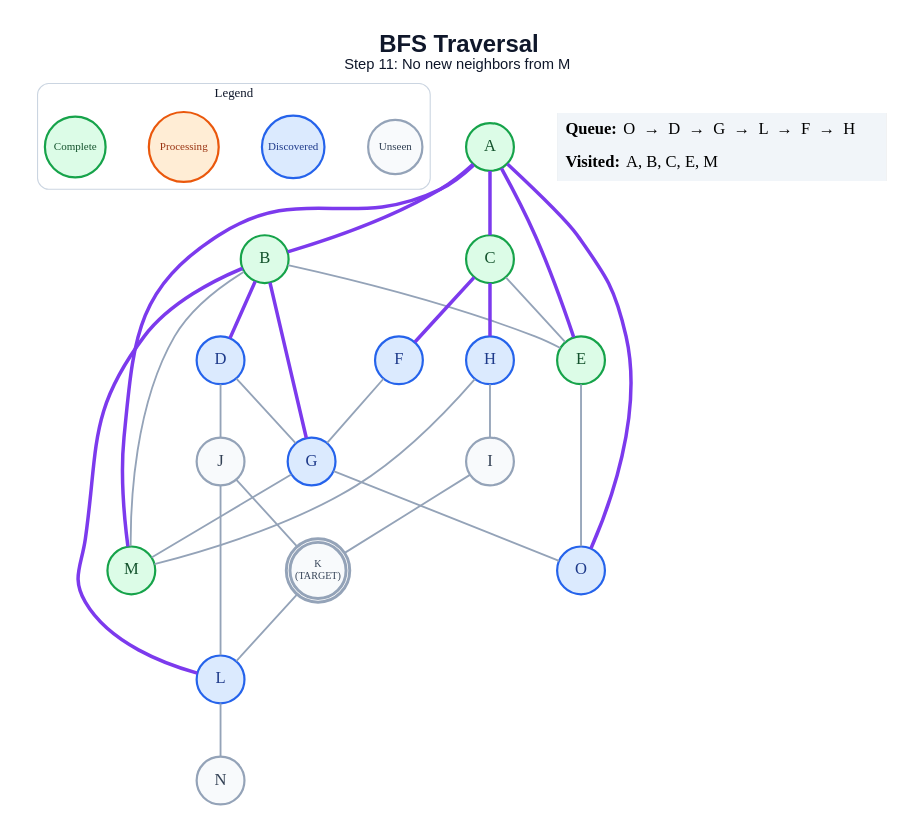
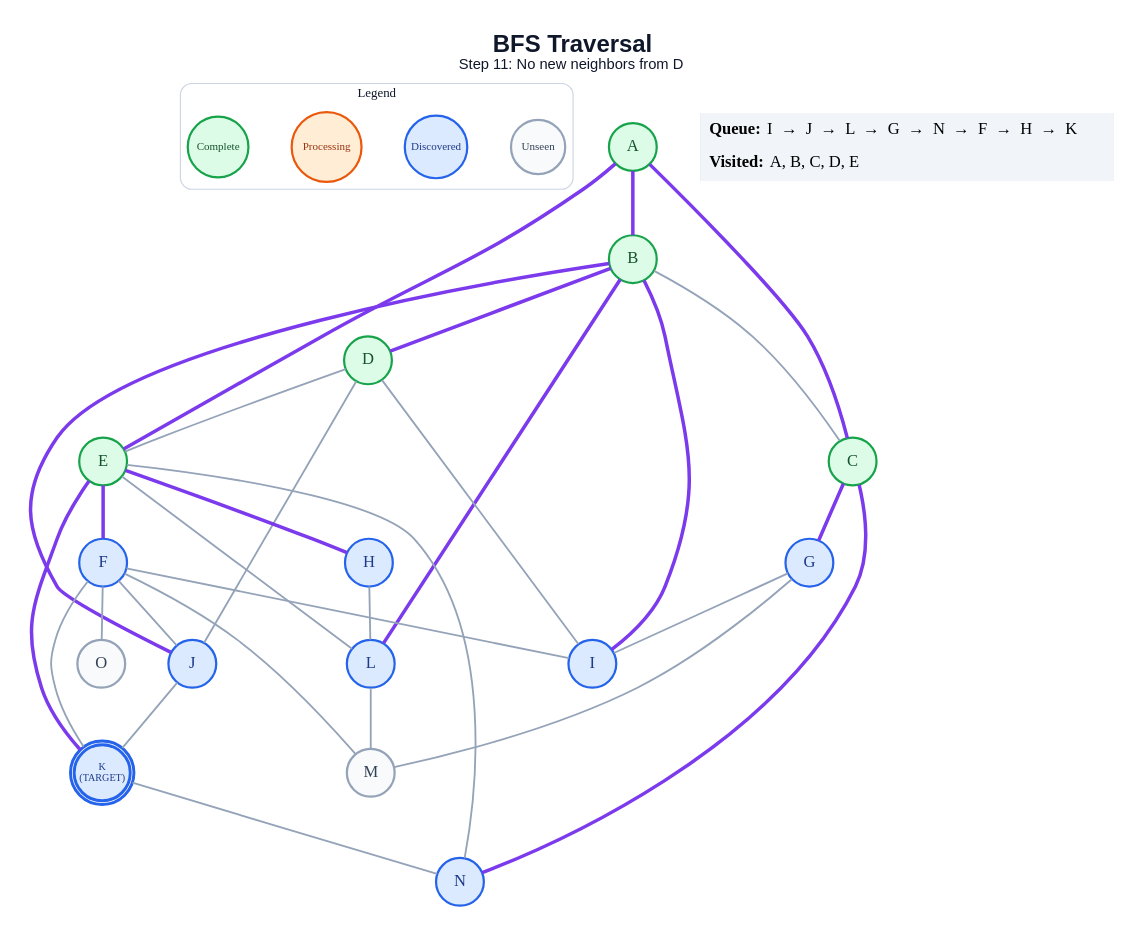
Before and after one commit to anon7238593-create/ai-slop: the diagram in generated/bfs/step_11.dot, drawn with Graphviz. The commit also changed 243 other files, not shown here.

```diff
--- a/generated/bfs/step_11.dot
+++ b/generated/bfs/step_11.dot
@@ -1,60 +1,63 @@
 graph traversal {
   graph [layout=dot, rankdir=TB, bgcolor="#FFFFFF", pad="0.35", nodesep="0.65", ranksep="0.8", fontname="Arial"];
   node [shape=circle, style="filled", fontname="Arial Bold", fontsize=18, width=0.72, fixedsize=true, penwidth=2.4];
   edge [color="#94A3B8", penwidth=2.0];
-  label=<<B>BFS Traversal</B><BR/><FONT POINT-SIZE="16">Step 11: No new neighbors from M</FONT>>; labelloc="t"; fontsize=26; fontname="Arial"; fontcolor="#0F172A";
+  label=<<B>BFS Traversal</B><BR/><FONT POINT-SIZE="16">Step 11: No new neighbors from D</FONT>>; labelloc="t"; fontsize=26; fontname="Arial"; fontcolor="#0F172A";
   subgraph cluster_legend { label="Legend"; color="#CBD5E1"; penwidth=1.2; style="rounded"; fontsize=14; fontname="Arial Bold";
     key_unseen [label="Unseen", fillcolor="#F8FAFC", color="#94A3B8", fontcolor="#334155", fontsize=12, width=0.82];
     key_frontier [label="Discovered", fillcolor="#DBEAFE", color="#2563EB", fontcolor="#1E3A8A", fontsize=12, width=0.95];
     key_current [label="Processing", fillcolor="#FFEDD5", color="#EA580C", fontcolor="#9A3412", fontsize=12, width=1.05];
     key_done [label="Complete", fillcolor="#DCFCE7", color="#16A34A", fontcolor="#14532D", fontsize=12, width=0.92];
     { rank=same; key_unseen; key_frontier; key_current; key_done; }
   }
   A [label="A", fillcolor="#DCFCE7", color="#16A34A", fontcolor="#14532D", peripheries=1, penwidth=2.4];
   B [label="B", fillcolor="#DCFCE7", color="#16A34A", fontcolor="#14532D", peripheries=1, penwidth=2.4];
   C [label="C", fillcolor="#DCFCE7", color="#16A34A", fontcolor="#14532D", peripheries=1, penwidth=2.4];
-  D [label="D", fillcolor="#DBEAFE", color="#2563EB", fontcolor="#1E3A8A", peripheries=1, penwidth=2.4];
+  D [label="D", fillcolor="#DCFCE7", color="#16A34A", fontcolor="#14532D", peripheries=1, penwidth=2.4];
   E [label="E", fillcolor="#DCFCE7", color="#16A34A", fontcolor="#14532D", peripheries=1, penwidth=2.4];
   F [label="F", fillcolor="#DBEAFE", color="#2563EB", fontcolor="#1E3A8A", peripheries=1, penwidth=2.4];
   G [label="G", fillcolor="#DBEAFE", color="#2563EB", fontcolor="#1E3A8A", peripheries=1, penwidth=2.4];
   H [label="H", fillcolor="#DBEAFE", color="#2563EB", fontcolor="#1E3A8A", peripheries=1, penwidth=2.4];
-  I [label="I", fillcolor="#F8FAFC", color="#94A3B8", fontcolor="#334155", peripheries=1, penwidth=2.4];
-  J [label="J", fillcolor="#F8FAFC", color="#94A3B8", fontcolor="#334155", peripheries=1, penwidth=2.4];
-  K [label="K\n(TARGET)", fillcolor="#F8FAFC", color="#94A3B8", fontcolor="#334155", peripheries=2, penwidth=3.2, fontsize=11, width=0.85, height=0.85];
+  I [label="I", fillcolor="#DBEAFE", color="#2563EB", fontcolor="#1E3A8A", peripheries=1, penwidth=2.4];
+  J [label="J", fillcolor="#DBEAFE", color="#2563EB", fontcolor="#1E3A8A", peripheries=1, penwidth=2.4];
+  K [label="K\n(TARGET)", fillcolor="#DBEAFE", color="#2563EB", fontcolor="#1E3A8A", peripheries=2, penwidth=3.2, fontsize=11, width=0.85, height=0.85];
   L [label="L", fillcolor="#DBEAFE", color="#2563EB", fontcolor="#1E3A8A", peripheries=1, penwidth=2.4];
-  M [label="M", fillcolor="#DCFCE7", color="#16A34A", fontcolor="#14532D", peripheries=1, penwidth=2.4];
-  N [label="N", fillcolor="#F8FAFC", color="#94A3B8", fontcolor="#334155", peripheries=1, penwidth=2.4];
-  O [label="O", fillcolor="#DBEAFE", color="#2563EB", fontcolor="#1E3A8A", peripheries=1, penwidth=2.4];
+  M [label="M", fillcolor="#F8FAFC", color="#94A3B8", fontcolor="#334155", peripheries=1, penwidth=2.4];
+  N [label="N", fillcolor="#DBEAFE", color="#2563EB", fontcolor="#1E3A8A", peripheries=1, penwidth=2.4];
+  O [label="O", fillcolor="#F8FAFC", color="#94A3B8", fontcolor="#334155", peripheries=1, penwidth=2.4];
   A -- B [color="#7C3AED", penwidth=3.8];
   A -- C [color="#7C3AED", penwidth=3.8];
   A -- E [color="#7C3AED", penwidth=3.8];
-  A -- M [color="#7C3AED", penwidth=3.8];
-  A -- O [color="#7C3AED", penwidth=3.8];
+  B -- C;
   B -- D [color="#7C3AED", penwidth=3.8];
-  B -- E;
-  B -- G [color="#7C3AED", penwidth=3.8];
+  B -- I [color="#7C3AED", penwidth=3.8];
+  B -- J [color="#7C3AED", penwidth=3.8];
   B -- L [color="#7C3AED", penwidth=3.8];
-  B -- M;
-  C -- E;
-  C -- F [color="#7C3AED", penwidth=3.8];
-  C -- H [color="#7C3AED", penwidth=3.8];
-  D -- G;
+  C -- G [color="#7C3AED", penwidth=3.8];
+  C -- N [color="#7C3AED", penwidth=3.8];
+  D -- E;
+  D -- I;
   D -- J;
-  E -- O;
-  F -- G;
+  E -- F [color="#7C3AED", penwidth=3.8];
+  E -- H [color="#7C3AED", penwidth=3.8];
+  E -- K [color="#7C3AED", penwidth=3.8];
+  E -- L;
+  E -- N;
+  F -- I;
+  F -- J;
+  F -- K;
+  F -- M;
+  F -- O;
+  G -- I;
   G -- M;
-  G -- O;
-  H -- I;
-  H -- M;
-  I -- K;
+  H -- L;
   J -- K;
-  J -- L;
-  K -- L;
-  L -- N;
+  K -- N;
+  L -- M;
   status [shape=plain, fixedsize=false, width=0, height=0, margin=0, label=<
     <TABLE BORDER="0" CELLBORDER="0" CELLPADDING="7" BGCOLOR="#F1F5F9">
-      <TR><TD ALIGN="LEFT"><B>Queue:</B> O  →  D  →  G  →  L  →  F  →  H</TD></TR>
-      <TR><TD ALIGN="LEFT"><B>Visited:</B> A, B, C, E, M</TD></TR>
+      <TR><TD ALIGN="LEFT"><B>Queue:</B> I  →  J  →  L  →  G  →  N  →  F  →  H  →  K</TD></TR>
+      <TR><TD ALIGN="LEFT"><B>Visited:</B> A, B, C, D, E</TD></TR>
     </TABLE>
   >];
 }
```
